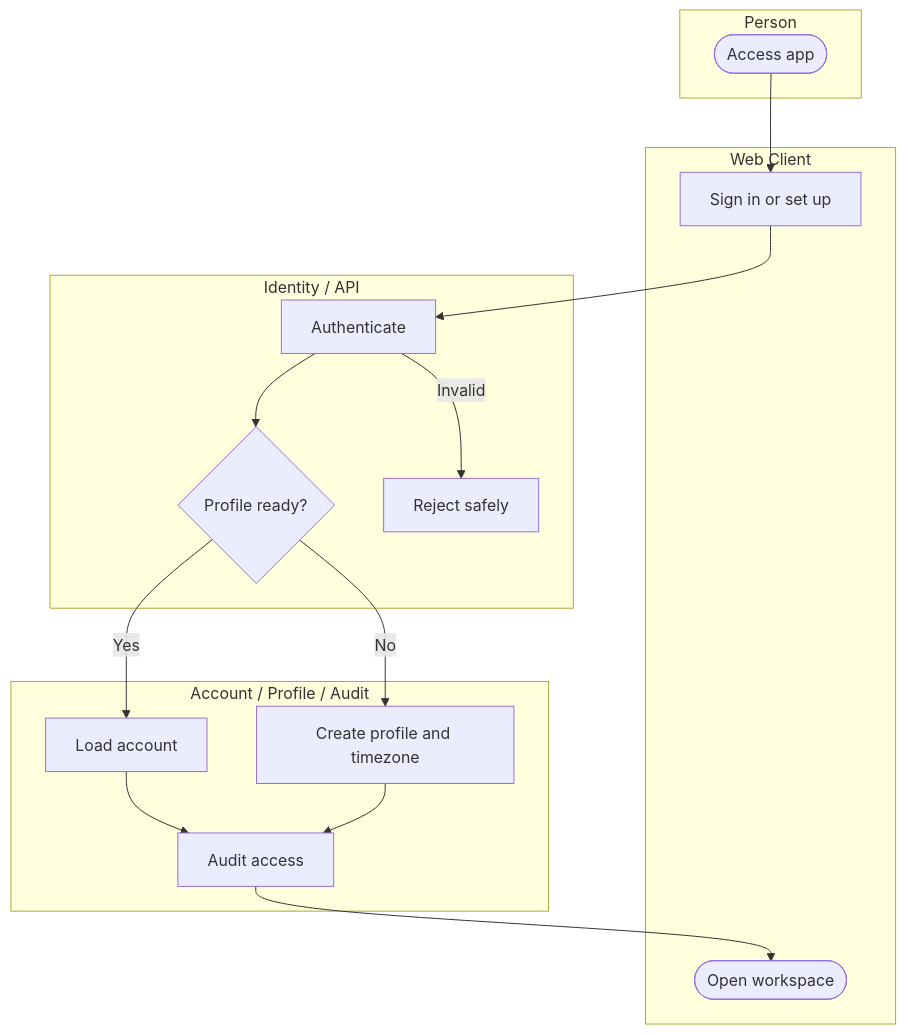
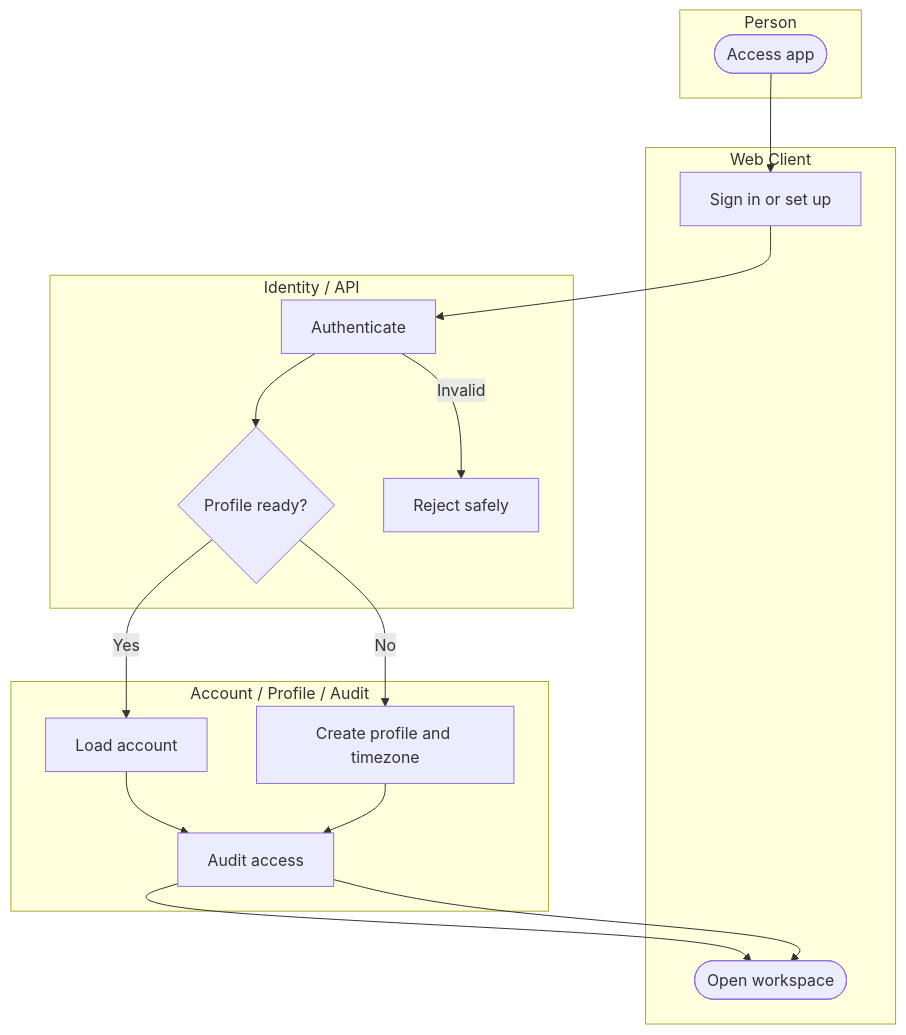
Before and after one commit to TgTrh06/project.itsunikki: the second of 9 diagrams in docs/FLOWS.md, drawn with Mermaid. The commit also changed other lines of this file and 1 other file, not shown here.

Commit message:
docs(prd): align ownership, auditability scope, and flow transitions

````diff
--- a/docs/FLOWS.md
+++ b/docs/FLOWS.md
@@ -61,25 +62,25 @@
 ```mermaid
 flowchart TB
     subgraph person[Person]
         P1([Access app])
     end
     subgraph client[Web Client]
         C1[Sign in or set up]
         C2([Open workspace])
     end
     subgraph service[Identity / API]
         S1[Authenticate]
         S2{Profile ready?}
         S3[Reject safely]
     end
     subgraph account[Account / Profile / Audit]
         A1[Load account]
         A2[Create profile and timezone]
         A3[Audit access]
     end
 
     P1 --> C1 --> S1 --> S2
     S1 -->|Invalid| S3
     S2 -->|Yes| A1 --> A3 --> C2
-    S2 -->|No| A2 --> A3
+    S2 -->|No| A2 --> A3 --> C2
 ```
````
